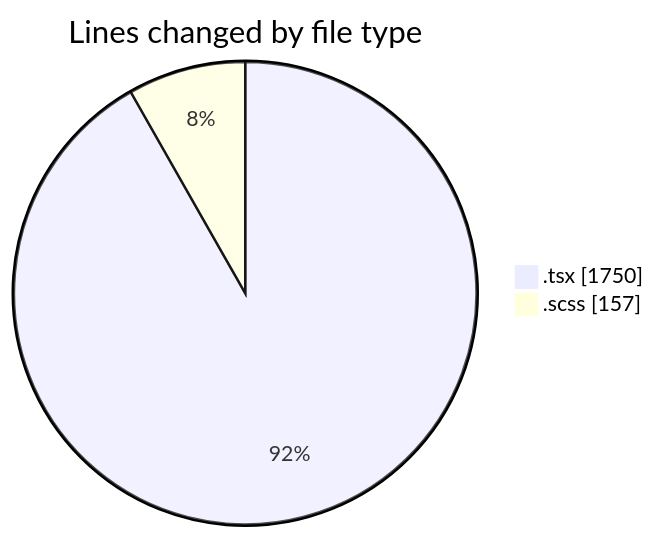
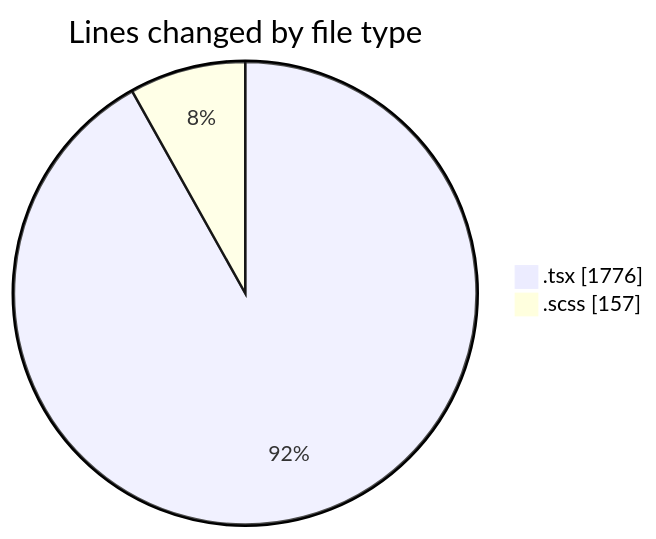
Before and after one commit to momahboobian/code-tracking: the first of 2 diagrams in 2025-04-07/cda/README.md, drawn with Mermaid. The commit also changed other lines of this file and 1 other file, not shown here.

````diff
--- a/2025-04-07/cda/README.md
+++ b/2025-04-07/cda/README.md
@@ -26,6 +26,6 @@
 ```mermaid
 pie showData
 title Lines changed by file type
-".tsx" : 1750
+".tsx" : 1776
 ".scss" : 157
 ```
````
